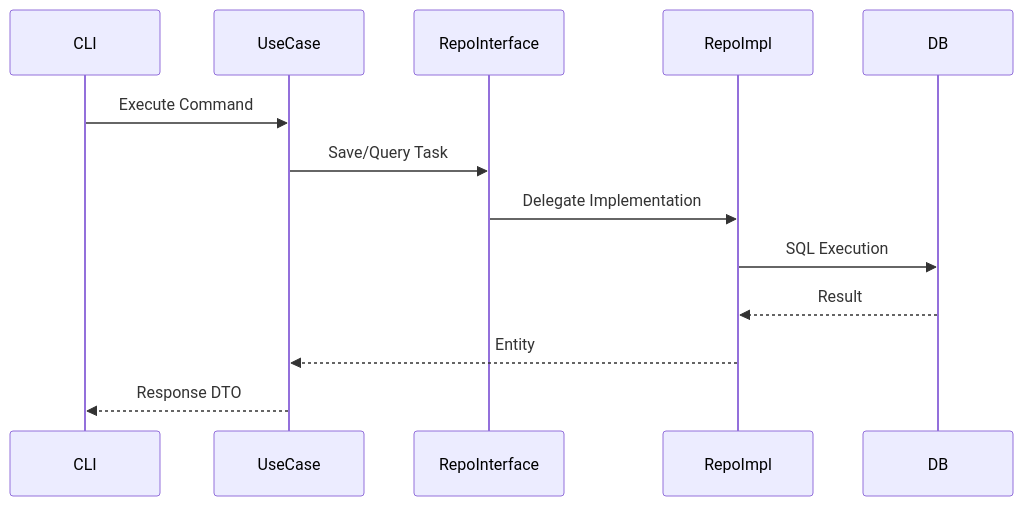
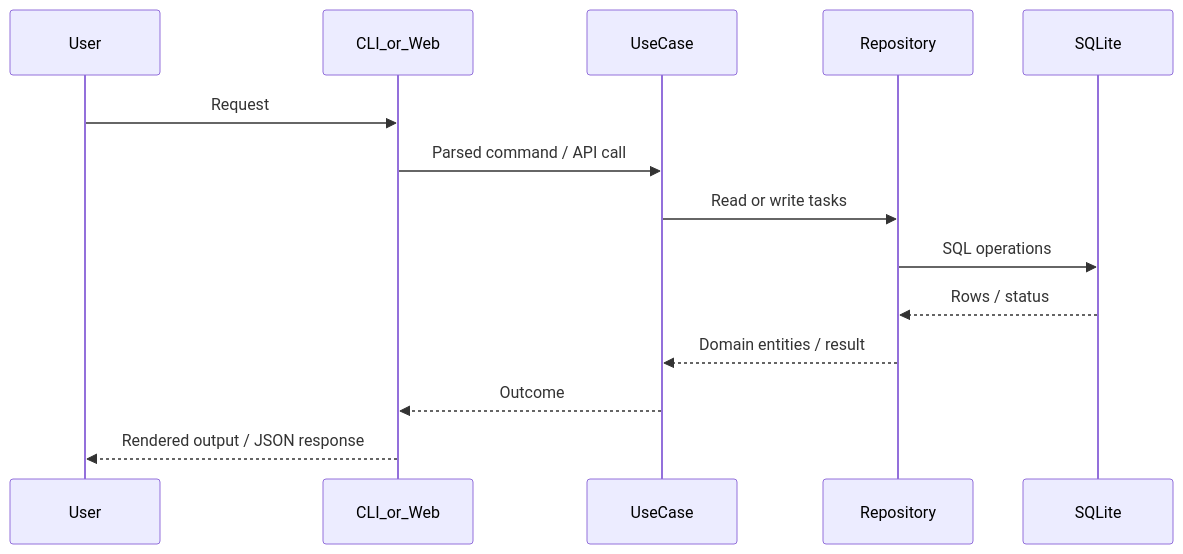
The second of 2 diagrams in docs/ARCHITECTURE.md (razbuild/raztodo), drawn with Mermaid before and after one commit. The commit also changed other lines of this file and 58 other files, not shown here.

````diff
--- a/docs/ARCHITECTURE.md
+++ b/docs/ARCHITECTURE.md
@@ -46,16 +47,17 @@
 ```mermaid
 sequenceDiagram
-    participant CLI
+    participant User
+    participant CLI_or_Web
     participant UseCase
-    participant RepoInterface
-    participant RepoImpl
-    participant DB
+    participant Repository
+    participant SQLite
 
-    CLI->>UseCase: Execute Command
-    UseCase->>RepoInterface: Save/Query Task
-    RepoInterface->>RepoImpl: Delegate Implementation
-    RepoImpl->>DB: SQL Execution
-    DB-->>RepoImpl: Result
-    RepoImpl-->>UseCase: Entity
-    UseCase-->>CLI: Response DTO
+    User->>CLI_or_Web: Request
+    CLI_or_Web->>UseCase: Parsed command / API call
+    UseCase->>Repository: Read or write tasks
+    Repository->>SQLite: SQL operations
+    SQLite-->>Repository: Rows / status
+    Repository-->>UseCase: Domain entities / result
+    UseCase-->>CLI_or_Web: Outcome
+    CLI_or_Web-->>User: Rendered output / JSON response
 ```
````
